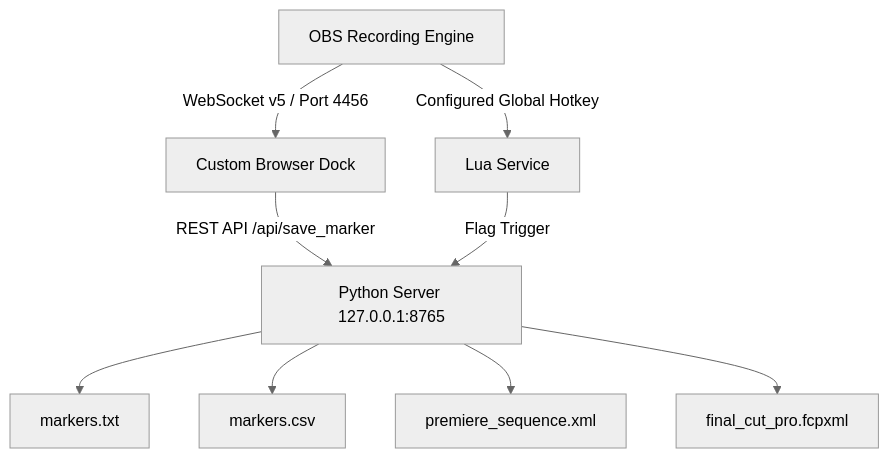
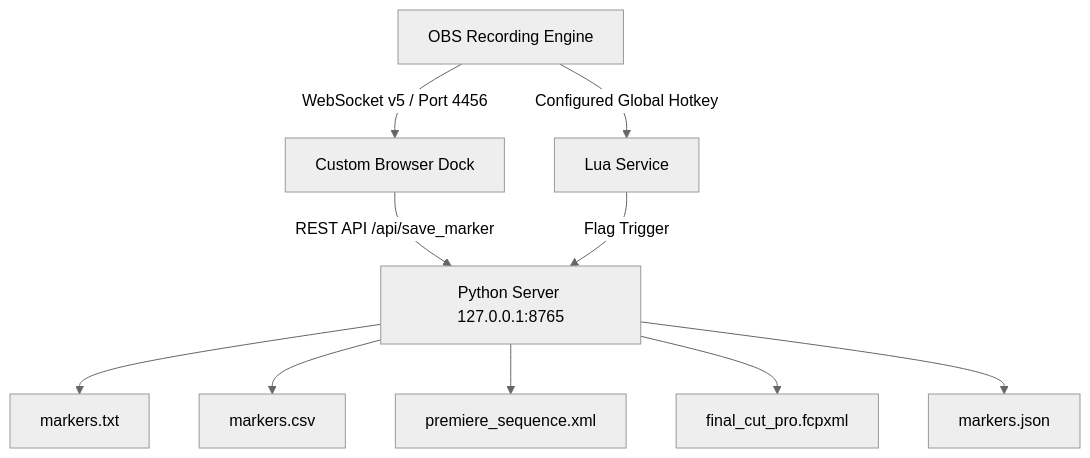
The diagram in README.md (Mudxiej/obs-marker-tool), drawn with Mermaid (neutral theme) before and after one commit. The commit also changed other lines of this file and 5 other files, not shown here.

First line of the commit message:
feat(export): fifth JSON timeline export plus doc updates (closes #8)

````diff
--- a/README.md
+++ b/README.md
@@ -62,12 +62,13 @@
 ```mermaid
 flowchart TD
     A[OBS Recording Engine]
     A -->|WebSocket v5 / Port 4456| B[Custom Browser Dock]
     A -->|Configured Global Hotkey| C[Lua Service]
     B -->|REST API /api/save_marker| D[Python Server 127.0.0.1:8765]
     C -->|Flag Trigger| D
     D --> E[markers.txt]
     D --> F[markers.csv]
     D --> G[premiere_sequence.xml]
     D --> H[final_cut_pro.fcpxml]
+    D --> I[markers.json]
 ```
````
